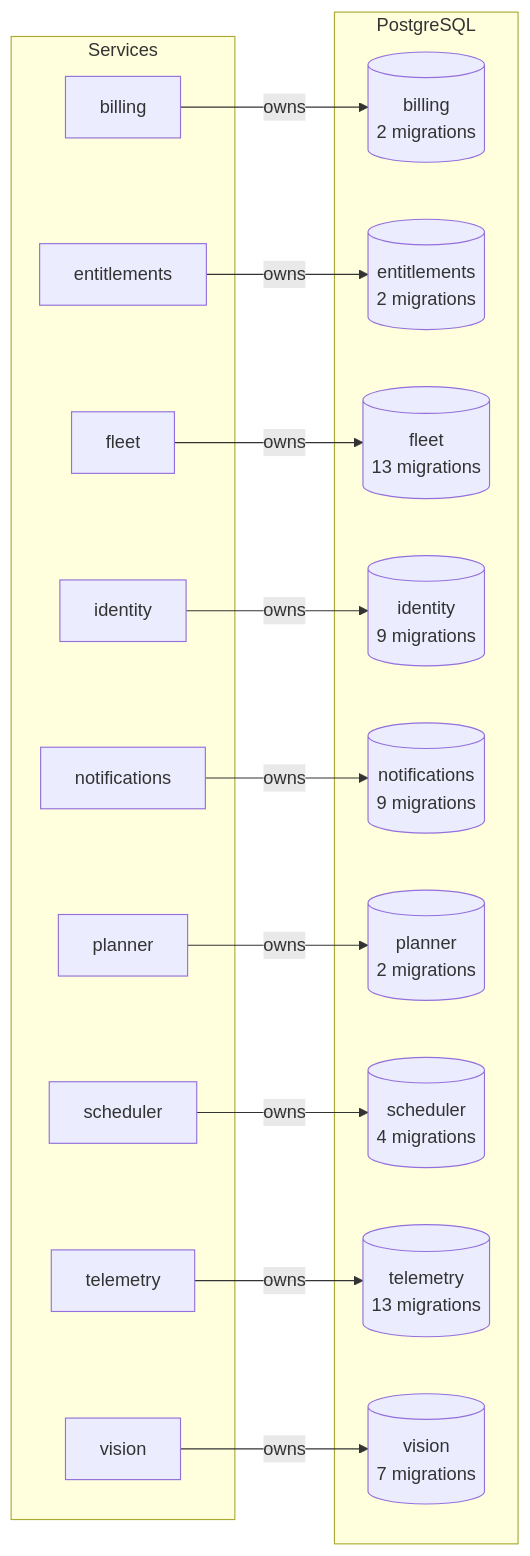
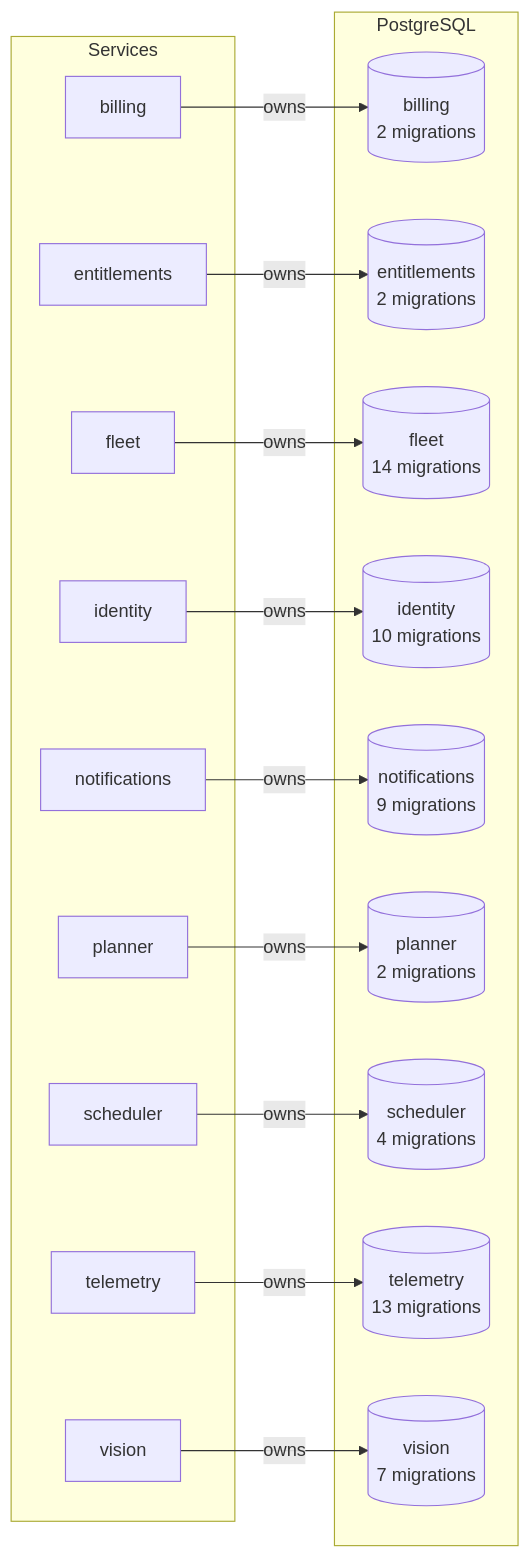
One commit to lukislp/mowdeck changed diagram 15 of 15 in docs/architecture/generated.md. Above: the diagram before and after it, drawn with Mermaid. The commit also changed other lines of this file and 157 other files, not shown here.

````diff
--- a/docs/architecture/generated.md
+++ b/docs/architecture/generated.md
@@ -541,34 +545,34 @@
 ```mermaid
 flowchart LR
   subgraph apps[Services]
     billing["billing"]
     entitlements["entitlements"]
     fleet["fleet"]
     identity["identity"]
     notifications["notifications"]
     planner["planner"]
     scheduler["scheduler"]
     telemetry["telemetry"]
     vision["vision"]
   end
   subgraph pg[PostgreSQL]
     db_billing[("billing<br/>2 migrations")]
     db_entitlements[("entitlements<br/>2 migrations")]
-    db_fleet[("fleet<br/>13 migrations")]
-    db_identity[("identity<br/>9 migrations")]
+    db_fleet[("fleet<br/>14 migrations")]
+    db_identity[("identity<br/>10 migrations")]
     db_notifications[("notifications<br/>9 migrations")]
     db_planner[("planner<br/>2 migrations")]
     db_scheduler[("scheduler<br/>4 migrations")]
     db_telemetry[("telemetry<br/>13 migrations")]
     db_vision[("vision<br/>7 migrations")]
   end
   billing -->|owns| db_billing
   entitlements -->|owns| db_entitlements
   fleet -->|owns| db_fleet
   identity -->|owns| db_identity
   notifications -->|owns| db_notifications
   planner -->|owns| db_planner
   scheduler -->|owns| db_scheduler
   telemetry -->|owns| db_telemetry
   vision -->|owns| db_vision
 ```
````
